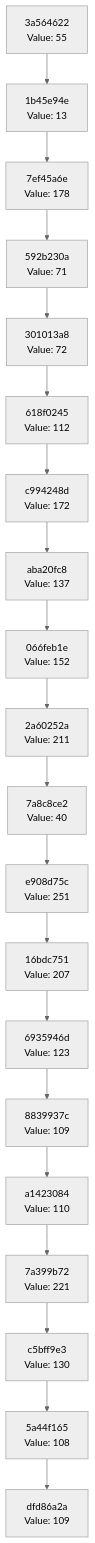
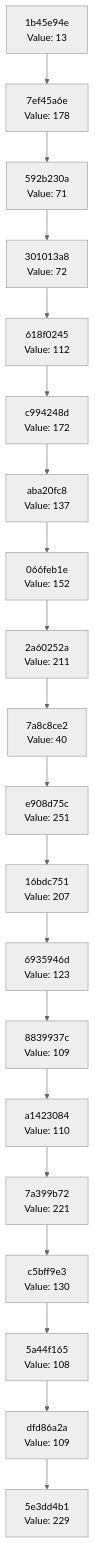
The diagram in docs/CHAIN_VISUALIZATION.md (Abhisheksinha1506/hash-chain-evolver), drawn with Mermaid (neutral theme) before and after one commit. The commit also changed 1 other file, not shown here.

Commit message:
Evolution Step

````diff
--- a/docs/CHAIN_VISUALIZATION.md
+++ b/docs/CHAIN_VISUALIZATION.md
@@ -3,42 +3,42 @@
 ```mermaid
 graph TD
-    C0["dfd86a2a<br/>Value: 109"]
-    C1["5a44f165<br/>Value: 108"]
+    C0["5e3dd4b1<br/>Value: 229"]
+    C1["dfd86a2a<br/>Value: 109"]
     C1 --> C0
-    C2["c5bff9e3<br/>Value: 130"]
+    C2["5a44f165<br/>Value: 108"]
     C2 --> C1
-    C3["7a399b72<br/>Value: 221"]
+    C3["c5bff9e3<br/>Value: 130"]
     C3 --> C2
-    C4["a1423084<br/>Value: 110"]
+    C4["7a399b72<br/>Value: 221"]
     C4 --> C3
-    C5["8839937c<br/>Value: 109"]
+    C5["a1423084<br/>Value: 110"]
     C5 --> C4
-    C6["6935946d<br/>Value: 123"]
+    C6["8839937c<br/>Value: 109"]
     C6 --> C5
-    C7["16bdc751<br/>Value: 207"]
+    C7["6935946d<br/>Value: 123"]
     C7 --> C6
-    C8["e908d75c<br/>Value: 251"]
+    C8["16bdc751<br/>Value: 207"]
     C8 --> C7
-    C9["7a8c8ce2<br/>Value: 40"]
+    C9["e908d75c<br/>Value: 251"]
     C9 --> C8
-    C10["2a60252a<br/>Value: 211"]
+    C10["7a8c8ce2<br/>Value: 40"]
     C10 --> C9
-    C11["066feb1e<br/>Value: 152"]
+    C11["2a60252a<br/>Value: 211"]
     C11 --> C10
-    C12["aba20fc8<br/>Value: 137"]
+    C12["066feb1e<br/>Value: 152"]
     C12 --> C11
-    C13["c994248d<br/>Value: 172"]
+    C13["aba20fc8<br/>Value: 137"]
     C13 --> C12
-    C14["618f0245<br/>Value: 112"]
+    C14["c994248d<br/>Value: 172"]
     C14 --> C13
-    C15["301013a8<br/>Value: 72"]
+    C15["618f0245<br/>Value: 112"]
     C15 --> C14
-    C16["592b230a<br/>Value: 71"]
+    C16["301013a8<br/>Value: 72"]
     C16 --> C15
-    C17["7ef45a6e<br/>Value: 178"]
+    C17["592b230a<br/>Value: 71"]
     C17 --> C16
-    C18["1b45e94e<br/>Value: 13"]
+    C18["7ef45a6e<br/>Value: 178"]
     C18 --> C17
-    C19["3a564622<br/>Value: 55"]
+    C19["1b45e94e<br/>Value: 13"]
     C19 --> C18
 ```
````
